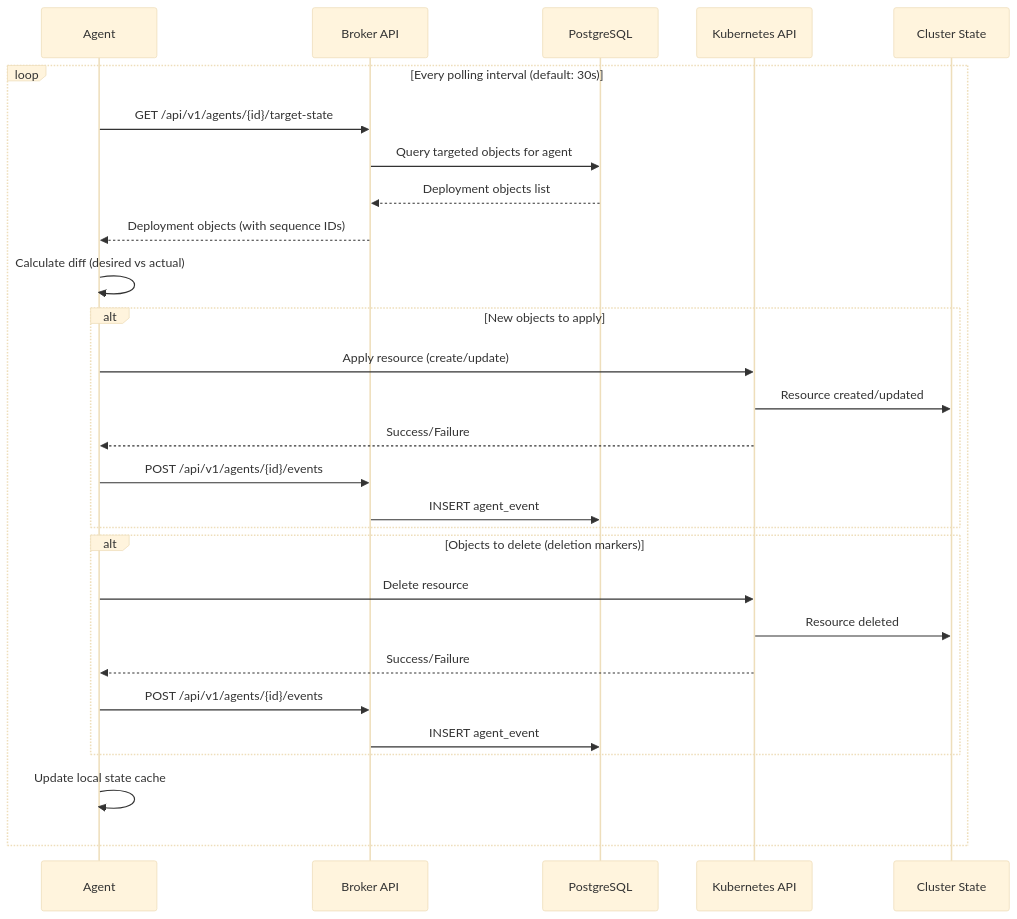
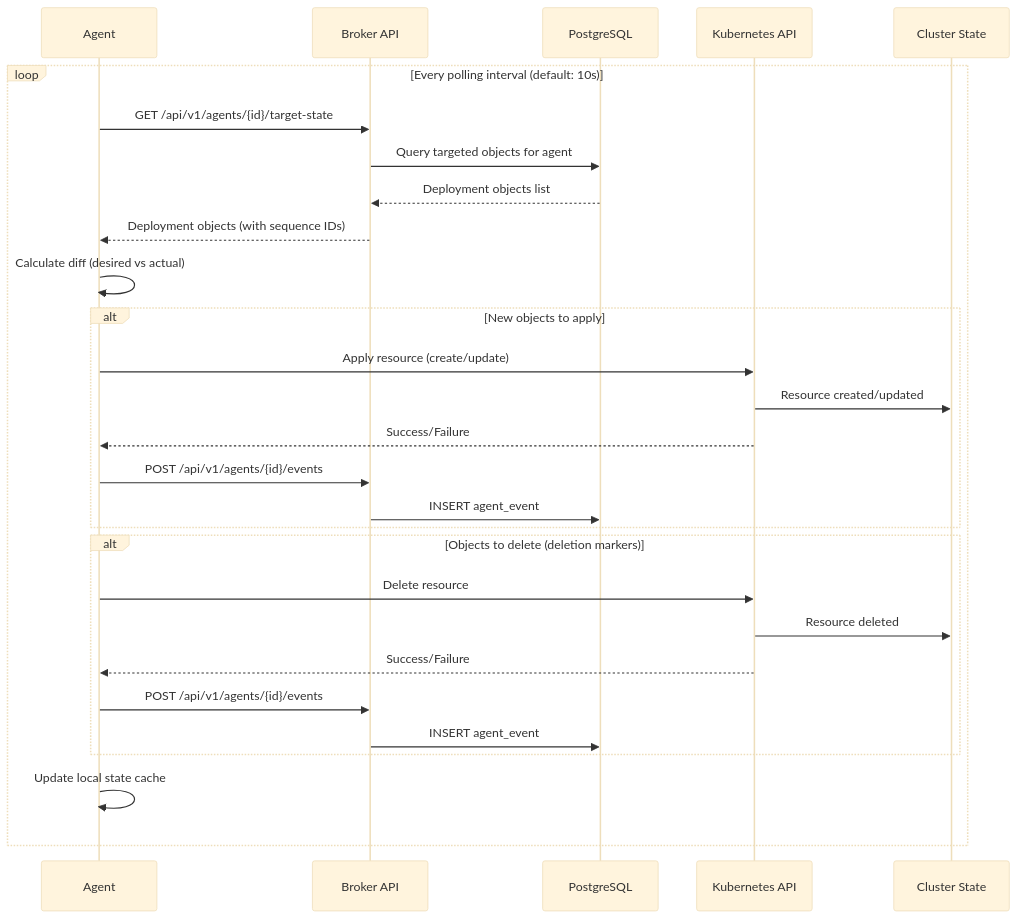
Before and after one commit to colliery-io/brokkr: the second of 11 diagrams in docs/content/explanation/data-flows.md, drawn with Mermaid (base theme). The commit also changed other lines of this file and 45 other files, not shown here.

```diff
--- a/docs/content/explanation/data-flows.md
+++ b/docs/content/explanation/data-flows.md
@@ -53,35 +53,35 @@
 {{< mermaid >}}
 sequenceDiagram
     participant Agent as Agent
     participant Broker as Broker API
     participant DB as PostgreSQL
     participant K8s as Kubernetes API
     participant Cluster as Cluster State
 
-    loop Every polling interval (default: 30s)
+    loop Every polling interval (default: 10s)
         Agent->>Broker: GET /api/v1/agents/{id}/target-state
         Broker->>DB: Query targeted objects for agent
         DB-->>Broker: Deployment objects list
         Broker-->>Agent: Deployment objects (with sequence IDs)
 
         Agent->>Agent: Calculate diff (desired vs actual)
 
         alt New objects to apply
             Agent->>K8s: Apply resource (create/update)
             K8s->>Cluster: Resource created/updated
             K8s-->>Agent: Success/Failure
             Agent->>Broker: POST /api/v1/agents/{id}/events
             Broker->>DB: INSERT agent_event
         end
 
         alt Objects to delete (deletion markers)
             Agent->>K8s: Delete resource
             K8s->>Cluster: Resource deleted
             K8s-->>Agent: Success/Failure
             Agent->>Broker: POST /api/v1/agents/{id}/events
             Broker->>DB: INSERT agent_event
         end
 
         Agent->>Agent: Update local state cache
     end
 {{< /mermaid >}}
```
